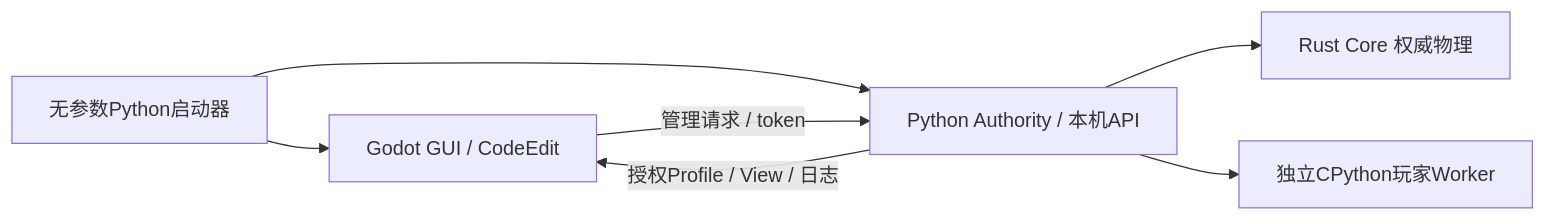
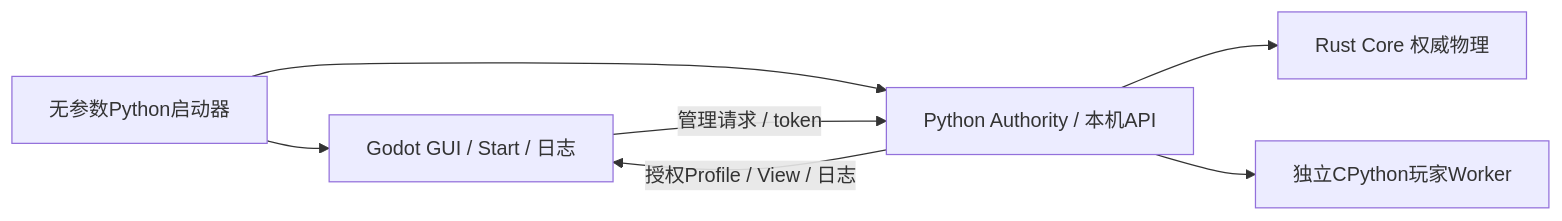
The diagram in docs/44_GODOT_DESKTOP_CLIENT.md (Yangyongyu0506/TankBot), drawn with Mermaid before and after one commit. The commit also changed other lines of this file and 43 other files, not shown here.

````diff
--- a/docs/44_GODOT_DESKTOP_CLIENT.md
+++ b/docs/44_GODOT_DESKTOP_CLIENT.md
@@ -11,9 +11,9 @@
 ```mermaid
 flowchart LR
-    L[无参数Python启动器] --> G[Godot GUI / CodeEdit]
+    L[无参数Python启动器] --> G[Godot GUI / Start / 日志]
     L --> A[Python Authority / 本机API]
     A --> C[Rust Core 权威物理]
     A --> P[独立CPython玩家Worker]
     G -->|管理请求 / token| A
     A -->|授权Profile / View / 日志| G
 ```
````
